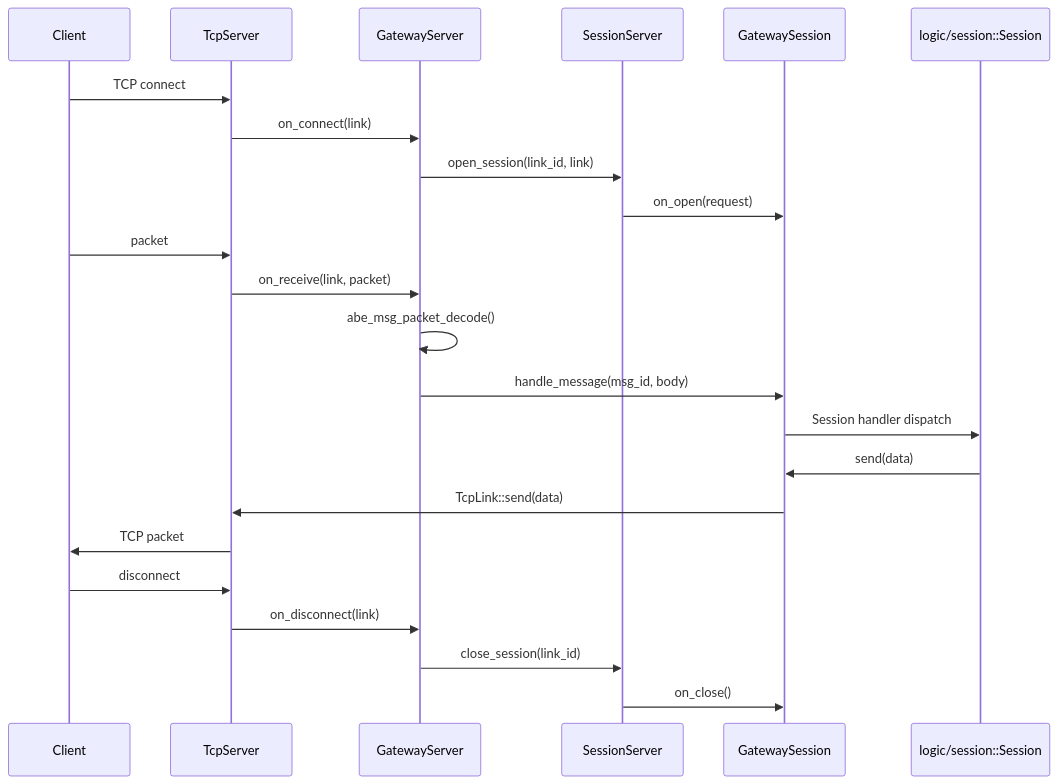
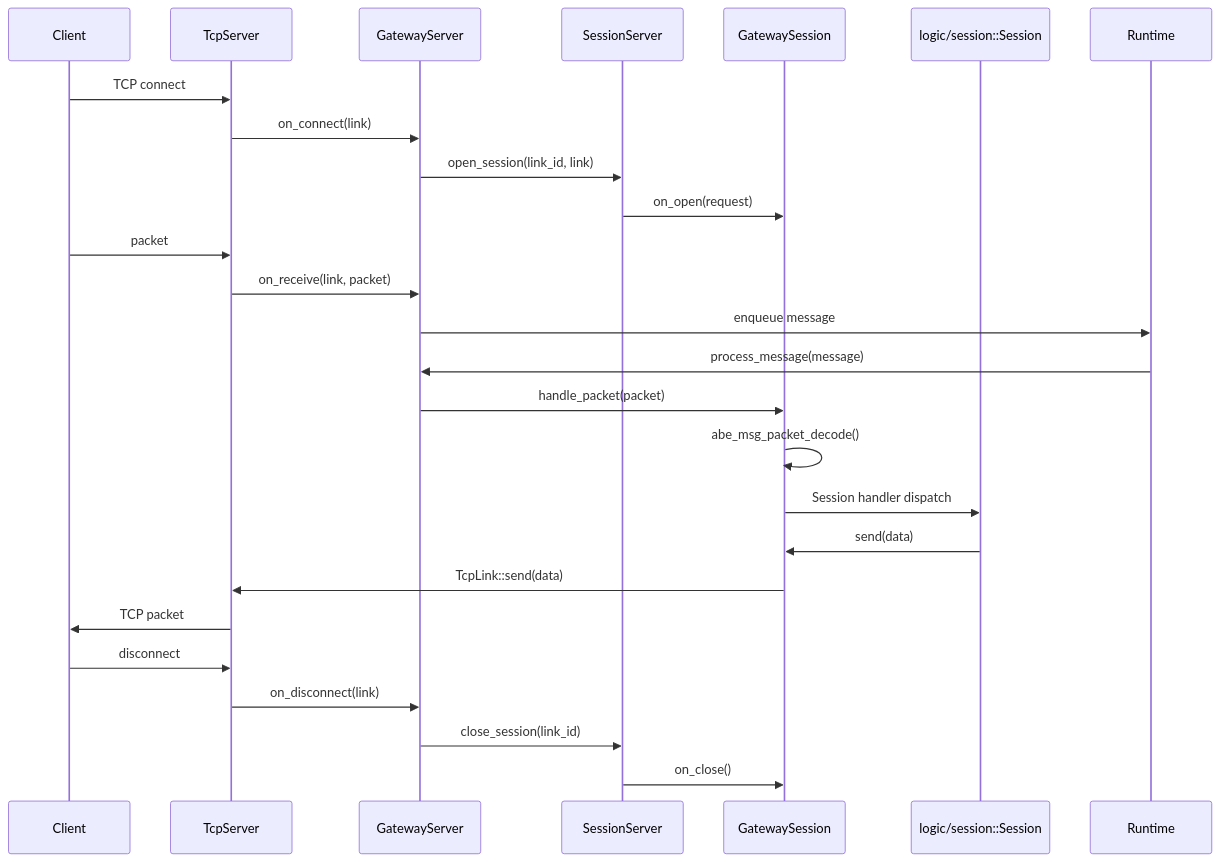
Before and after one commit to drog791109/abe_egine: the second of 2 diagrams in doc/remain.md, drawn with Mermaid. The commit also changed other lines of this file and 18 other files, not shown here.

````diff
--- a/doc/remain.md
+++ b/doc/remain.md
@@ -23,29 +22,31 @@
 ```mermaid
 sequenceDiagram
     participant Client
     participant TcpServer
     participant GatewayServer
     participant SessionServer
     participant GatewaySession
     participant LogicSession as logic/session::Session
 
     Client->>TcpServer: TCP connect
     TcpServer->>GatewayServer: on_connect(link)
     GatewayServer->>SessionServer: open_session(link_id, link)
     SessionServer->>GatewaySession: on_open(request)
 
     Client->>TcpServer: packet
     TcpServer->>GatewayServer: on_receive(link, packet)
-    GatewayServer->>GatewayServer: abe_msg_packet_decode()
-    GatewayServer->>GatewaySession: handle_message(msg_id, body)
+    GatewayServer->>Runtime: enqueue message
+    Runtime->>GatewayServer: process_message(message)
+    GatewayServer->>GatewaySession: handle_packet(packet)
+    GatewaySession->>GatewaySession: abe_msg_packet_decode()
     GatewaySession->>LogicSession: Session handler dispatch
 
     LogicSession->>GatewaySession: send(data)
     GatewaySession->>TcpServer: TcpLink::send(data)
     TcpServer->>Client: TCP packet
 
     Client->>TcpServer: disconnect
     TcpServer->>GatewayServer: on_disconnect(link)
     GatewayServer->>SessionServer: close_session(link_id)
     SessionServer->>GatewaySession: on_close()
 ```
````
